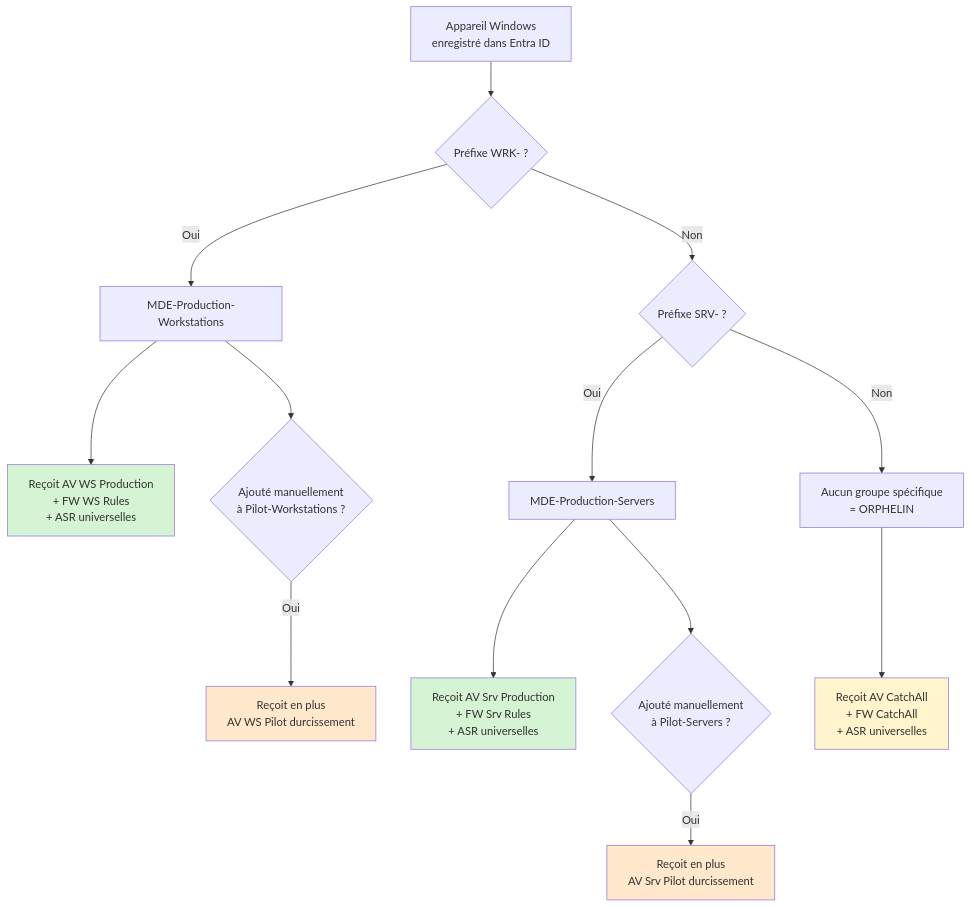
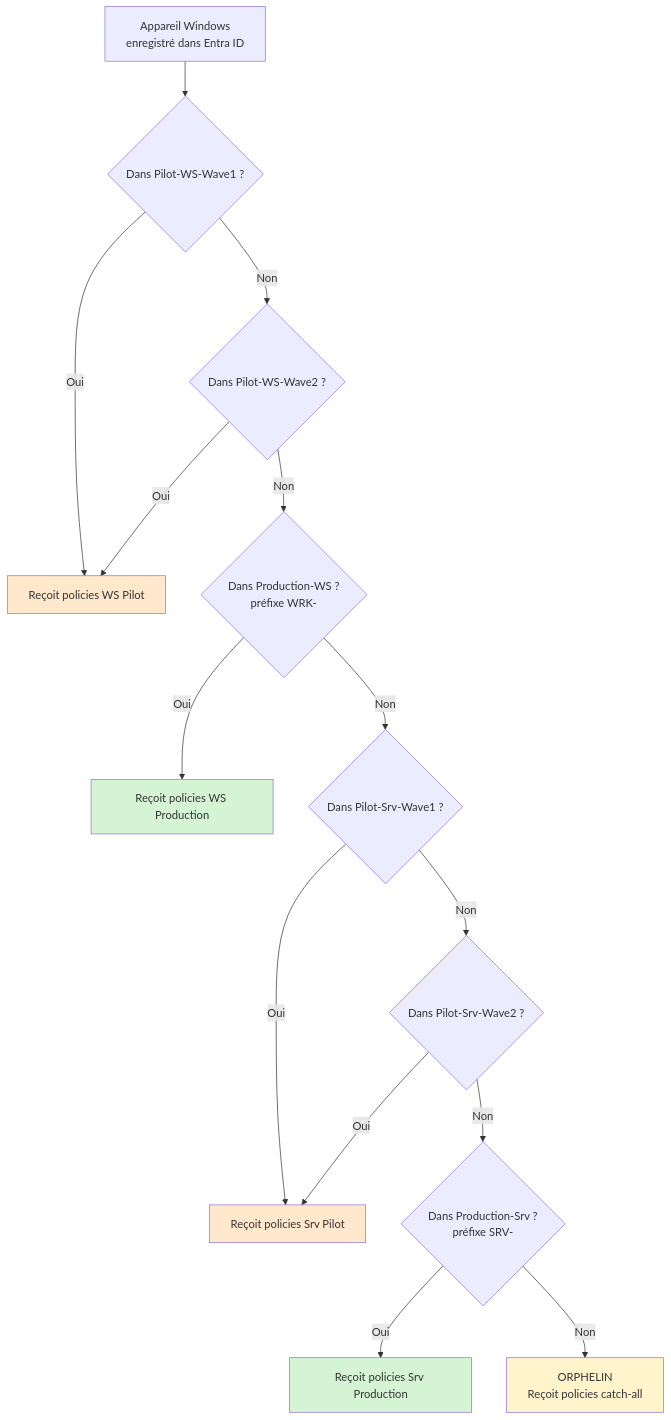
Before and after one commit to sebastienmiro/sebastienmiro.github.io: the first of 3 diagrams in _posts/series/mde-foundations/2026-06-06-mde-foundations-ep4-strategie-catch-all.md, drawn with Mermaid. The commit also changed other lines of this file and 8 other files, not shown here.

````diff
--- a/_posts/series/mde-foundations/2026-06-06-mde-foundations-ep4-strategie-catch-all.md
+++ b/_posts/series/mde-foundations/2026-06-06-mde-foundations-ep4-strategie-catch-all.md
@@ -97,23 +108,22 @@
 ```mermaid
 flowchart TD
-    A[Appareil Windows<br/>enregistré dans Entra ID] --> B{Préfixe WRK- ?}
-    B -->|Oui| C[MDE-Production-Workstations]
-    B -->|Non| D{Préfixe SRV- ?}
-    D -->|Oui| E[MDE-Production-Servers]
-    D -->|Non| F[Aucun groupe spécifique<br/>= ORPHELIN]
+    A[Appareil Windows<br/>enregistré dans Entra ID] --> B{Dans Pilot-WS-Wave1 ?}
+    B -->|Oui| C[Reçoit policies WS Pilot]
+    B -->|Non| D{Dans Pilot-WS-Wave2 ?}
+    D -->|Oui| C
+    D -->|Non| E{Dans Production-WS ?<br/>préfixe WRK-}
+    E -->|Oui| F[Reçoit policies WS Production]
+    E -->|Non| G{Dans Pilot-Srv-Wave1 ?}
+    G -->|Oui| H[Reçoit policies Srv Pilot]
+    G -->|Non| I{Dans Pilot-Srv-Wave2 ?}
+    I -->|Oui| H
+    I -->|Non| J{Dans Production-Srv ?<br/>préfixe SRV-}
+    J -->|Oui| K[Reçoit policies Srv Production]
+    J -->|Non| L[ORPHELIN<br/>Reçoit policies catch-all]
 
-    C --> C1[Reçoit AV WS Production<br/>+ FW WS Rules<br/>+ ASR universelles]
-    E --> E1[Reçoit AV Srv Production<br/>+ FW Srv Rules<br/>+ ASR universelles]
-    F --> F1[Reçoit AV CatchAll<br/>+ FW CatchAll<br/>+ ASR universelles]
-
-    C --> G{Ajouté manuellement<br/>à Pilot-Workstations ?}
-    E --> H{Ajouté manuellement<br/>à Pilot-Servers ?}
-    G -->|Oui| G1[Reçoit en plus<br/>AV WS Pilot durcissement]
-    H -->|Oui| H1[Reçoit en plus<br/>AV Srv Pilot durcissement]
-
-    style C1 fill:#d4f4d4
-    style E1 fill:#d4f4d4
-    style F1 fill:#fff4cc
-    style G1 fill:#ffe8cc
-    style H1 fill:#ffe8cc
+    style C fill:#ffe8cc
+    style F fill:#d4f4d4
+    style H fill:#ffe8cc
+    style K fill:#d4f4d4
+    style L fill:#fff4cc
 ```
````
